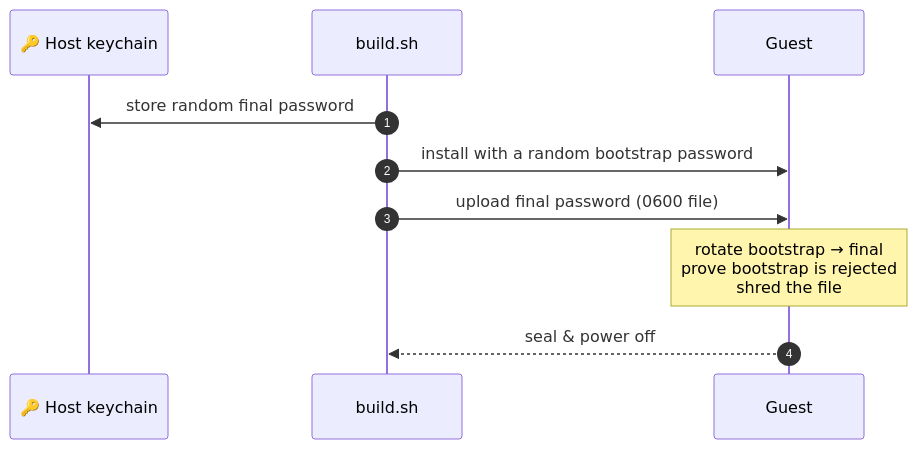
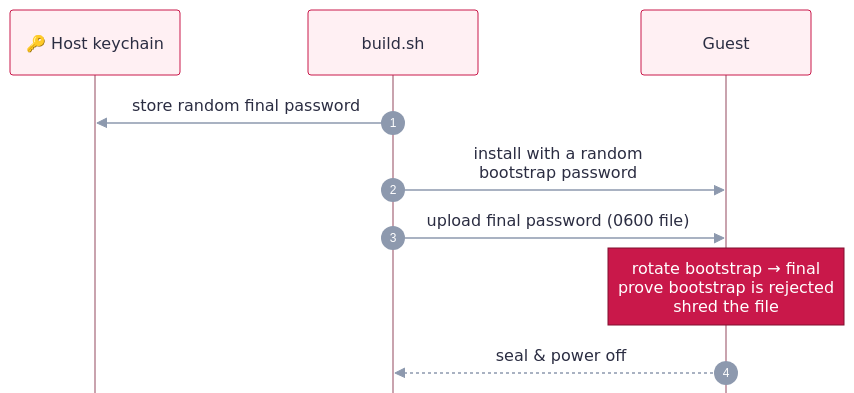
The fifth of 5 diagrams in README.md (errantpacket/RhubarbTart), drawn with Mermaid before and after one commit. The commit also changed other lines of this file and 16 other files, not shown here.

````diff
--- a/README.md
+++ b/README.md
@@ -332,12 +386,13 @@
 ```mermaid
+%%{init: {'theme':'base','fontFamily':'ui-sans-serif, system-ui, -apple-system, Helvetica, Arial, sans-serif','themeVariables':{'primaryColor':'#fff0f3','primaryBorderColor':'#c9184a','primaryTextColor':'#2b2d42','actorBkg':'#fff0f3','actorBorder':'#c9184a','actorTextColor':'#2b2d42','actorLineColor':'#c9a3ae','signalColor':'#8d99ae','signalTextColor':'#2b2d42','labelBoxBkgColor':'#fff0f3','labelBoxBorderColor':'#c9184a','labelTextColor':'#2b2d42','noteBkgColor':'#c9184a','noteTextColor':'#ffffff','noteBorderColor':'#800f2f','sequenceNumberColor':'#ffffff','activationBkgColor':'#c9184a','activationBorderColor':'#800f2f'},'sequence':{'mirrorActors':false,'messageAlign':'center','boxMargin':10,'noteMargin':10,'width':170}}}%%
 sequenceDiagram
     autonumber
     participant KC as 🔑 Host keychain
     participant BS as build.sh
     participant G as Guest
     BS->>KC: store random final password
-    BS->>G: install with a random bootstrap password
+    BS->>G: install with a random<br/>bootstrap password
     BS->>G: upload final password (0600 file)
     Note over G: rotate bootstrap → final<br/>prove bootstrap is rejected<br/>shred the file
     G-->>BS: seal & power off
 ```
````
